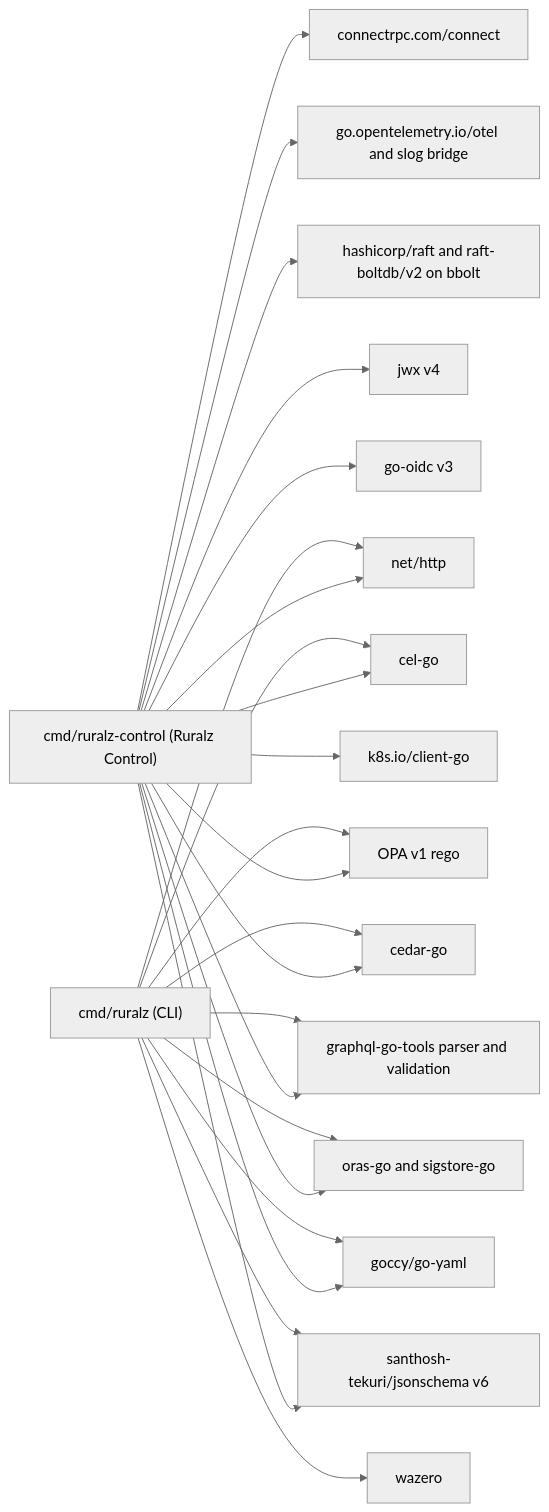
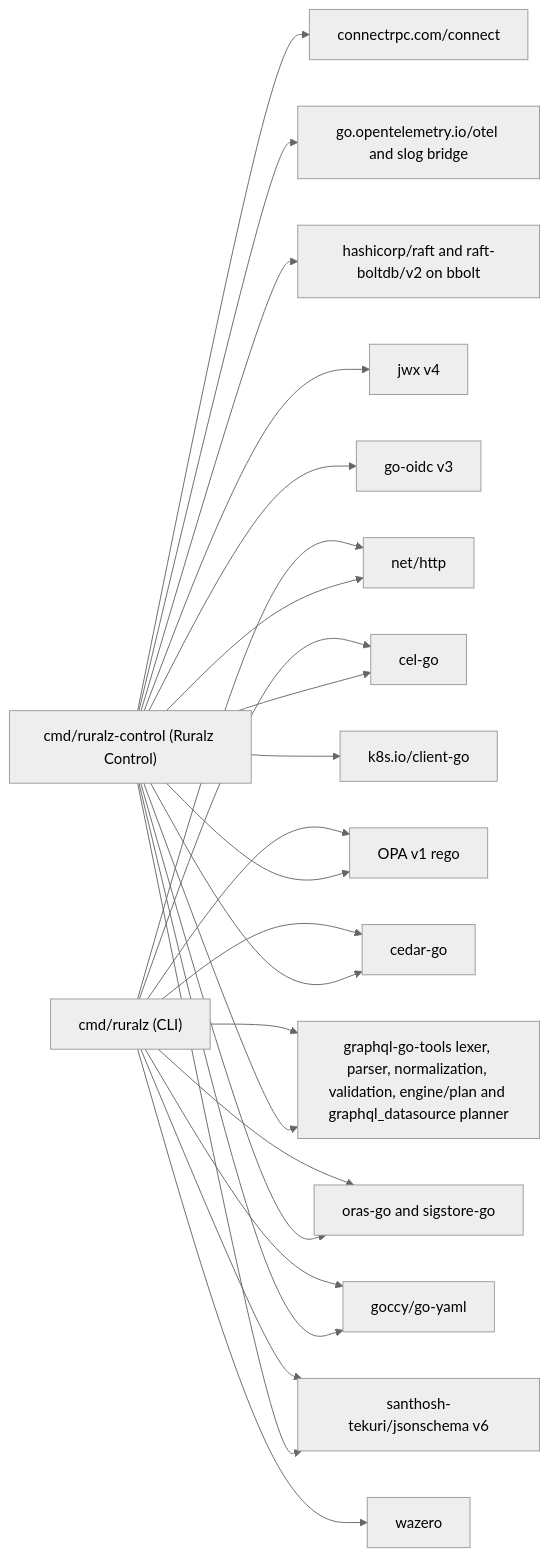
One commit to ravindu-rev/ruralz changed the second of 3 diagrams in docs/engineering/01-tech-stack-and-libraries.md. Above: the diagram before and after it, drawn with Mermaid (neutral theme). The commit also changed other lines of this file and 22 other files, not shown here.

````diff
--- a/docs/engineering/01-tech-stack-and-libraries.md
+++ b/docs/engineering/01-tech-stack-and-libraries.md
@@ -175,43 +176,43 @@
 ```mermaid
 flowchart LR
   cp["cmd/ruralz-control (Ruralz Control)"]
   cli["cmd/ruralz (CLI)"]
   http["net/http"]
   connect["connectrpc.com/connect"]
   otel["go.opentelemetry.io/otel and slog bridge"]
   raft["hashicorp/raft and raft-boltdb/v2 on bbolt"]
   jwx["jwx v4"]
   oidc["go-oidc v3"]
   cel["cel-go"]
   opa["OPA v1 rego"]
   cedar["cedar-go"]
-  gqlv["graphql-go-tools parser and validation"]
+  gqlv["graphql-go-tools lexer, parser, normalization, validation, engine/plan and graphql_datasource planner"]
   wazero["wazero"]
   oras["oras-go and sigstore-go"]
   k8s["k8s.io/client-go"]
   yaml["goccy/go-yaml"]
   jss["santhosh-tekuri/jsonschema v6"]
   cp --> http
   cp --> connect
   cp --> otel
   cp --> raft
   cp --> jwx
   cp --> oidc
   cp --> cel
   cp --> opa
   cp --> cedar
   cp --> gqlv
   cp --> oras
   cp --> k8s
   cli --> http
   cli --> cel
   cli --> opa
   cli --> cedar
   cli --> gqlv
   cli --> wazero
   cli --> oras
   cp --> yaml
   cp --> jss
   cli --> yaml
   cli --> jss
 ```
````
